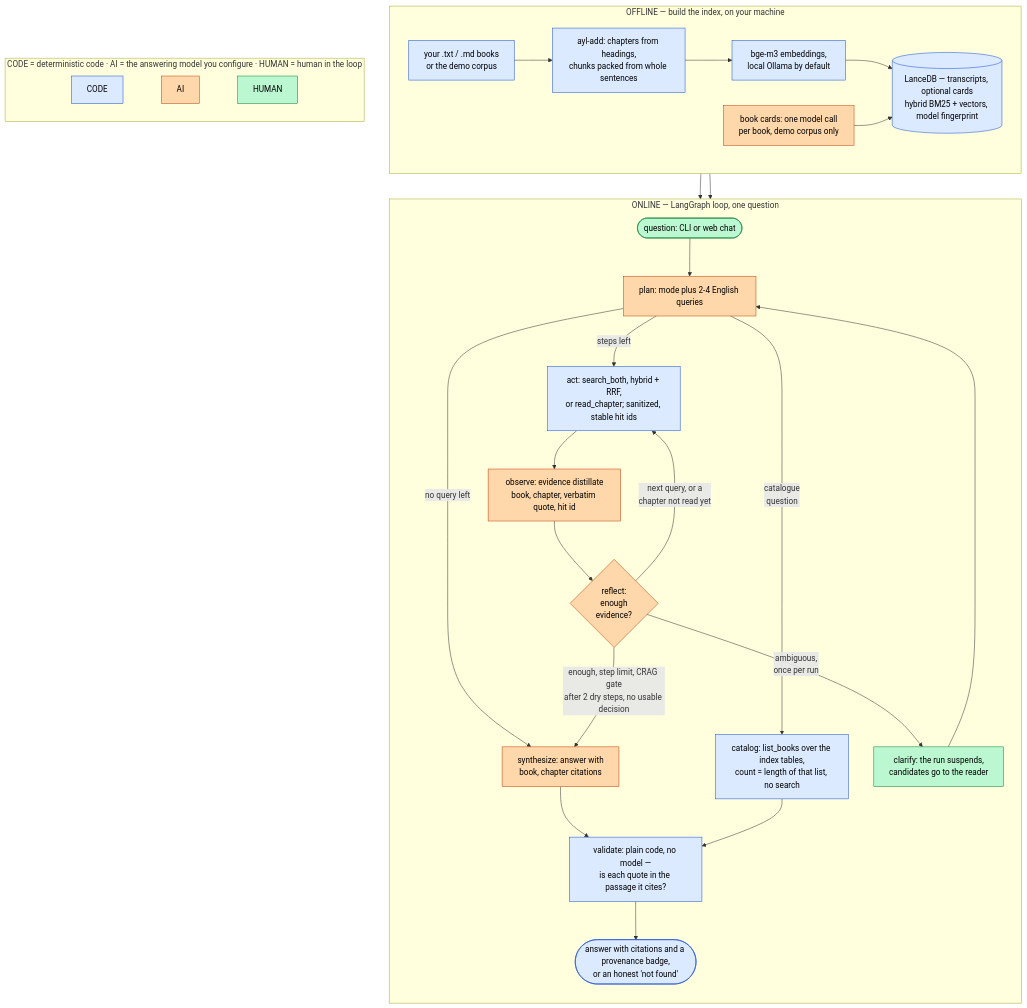
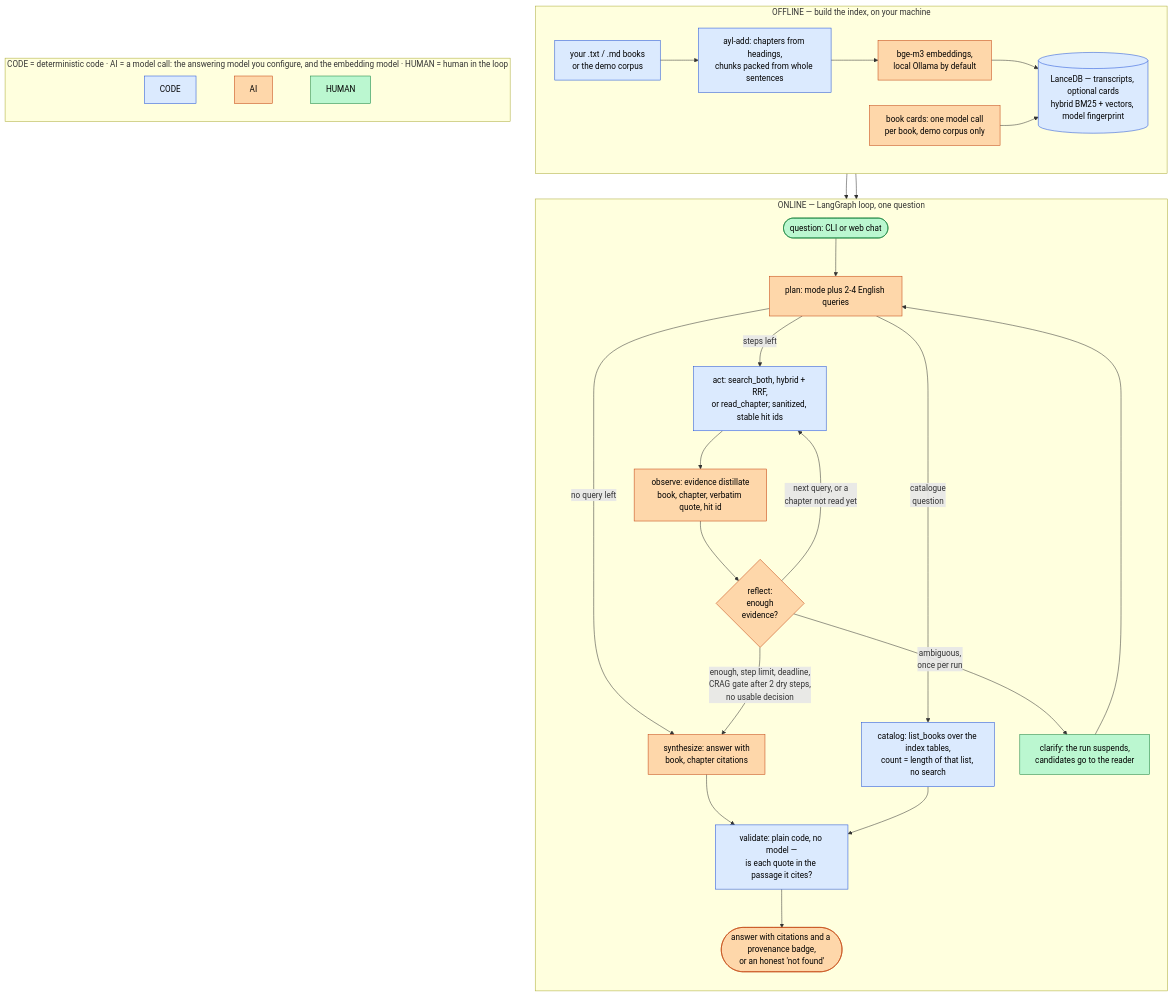
The second of 2 diagrams in README.md (ievgen-borysenko/ask-your-library), drawn with Mermaid before and after one commit. The commit also changed other lines of this file and 6 other files, not shown here.

First line of the commit message:
Front page: fix the diagrams' claims, trim to what a visitor needs

````diff
--- a/README.md
+++ b/README.md
@@ -51,37 +51,37 @@
 ```mermaid
 flowchart TB
     subgraph offline["OFFLINE — build the index, on your machine"]
         direction LR
         BK["your .txt / .md books<br/>or the demo corpus"]:::code
         CRD["book cards: one model call<br/>per book, demo corpus only"]:::ai
         BK --> CHK["ayl-add: chapters from headings,<br/>chunks packed from whole sentences"]:::code
-        CHK --> EMB["bge-m3 embeddings,<br/>local Ollama by default"]:::code
+        CHK --> EMB["bge-m3 embeddings,<br/>local Ollama by default"]:::ai
         EMB --> DB[("LanceDB — transcripts, optional cards<br/>hybrid BM25 + vectors, model fingerprint")]:::code
         CRD --> DB
     end
     subgraph online["ONLINE — LangGraph loop, one question"]
         direction TB
         Q(["question: CLI or web chat"]):::human --> PLAN["plan: mode plus 2-4 English queries"]:::ai
         PLAN -->|"catalogue<br/>question"| CAT["catalog: list_books over the index tables,<br/>count = length of that list, no search"]:::code
         PLAN -->|"steps left"| ACT["act: search_both, hybrid + RRF,<br/>or read_chapter; sanitized, stable hit ids"]:::code
         PLAN -->|"no query left"| SYN
         ACT --> OBS["observe: evidence distillate<br/>book, chapter, verbatim quote, hit id"]:::ai
         OBS --> REF{"reflect:<br/>enough<br/>evidence?"}:::ai
         REF -->|"next query, or a<br/>chapter not read yet"| ACT
         REF -->|"ambiguous,<br/>once per run"| CLR["clarify: the run suspends,<br/>candidates go to the reader"]:::human
         CLR --> PLAN
-        REF -->|"enough, step limit, CRAG gate<br/>after 2 dry steps, no usable decision"| SYN["synthesize: answer with<br/>book, chapter citations"]:::ai
+        REF -->|"enough, step limit, deadline,<br/>CRAG gate after 2 dry steps,<br/>no usable decision"| SYN["synthesize: answer with<br/>book, chapter citations"]:::ai
         SYN --> VAL["validate: plain code, no model —<br/>is each quote in the passage it cites?"]:::code
         CAT --> VAL
-        VAL --> OUT(["answer with citations and a provenance badge,<br/>or an honest 'not found'"]):::code
+        VAL --> OUT(["answer with citations and a provenance badge,<br/>or an honest 'not found'"]):::ai
     end
-    subgraph legend["CODE = deterministic code · AI = the answering model you configure · HUMAN = human in the loop"]
+    subgraph legend["CODE = deterministic code · AI = a model call: the answering model you configure, and the embedding model · HUMAN = human in the loop"]
         direction LR
         L1["CODE"]:::code ~~~ L2["AI"]:::ai ~~~ L3["HUMAN"]:::human
     end
     DB --> ACT
     DB --> CAT
     classDef code fill:#dbeafe,stroke:#1d4ed8,color:#000
     classDef ai fill:#fed7aa,stroke:#c2410c,color:#000
     classDef human fill:#bbf7d0,stroke:#15803d,color:#000
 ```
````
